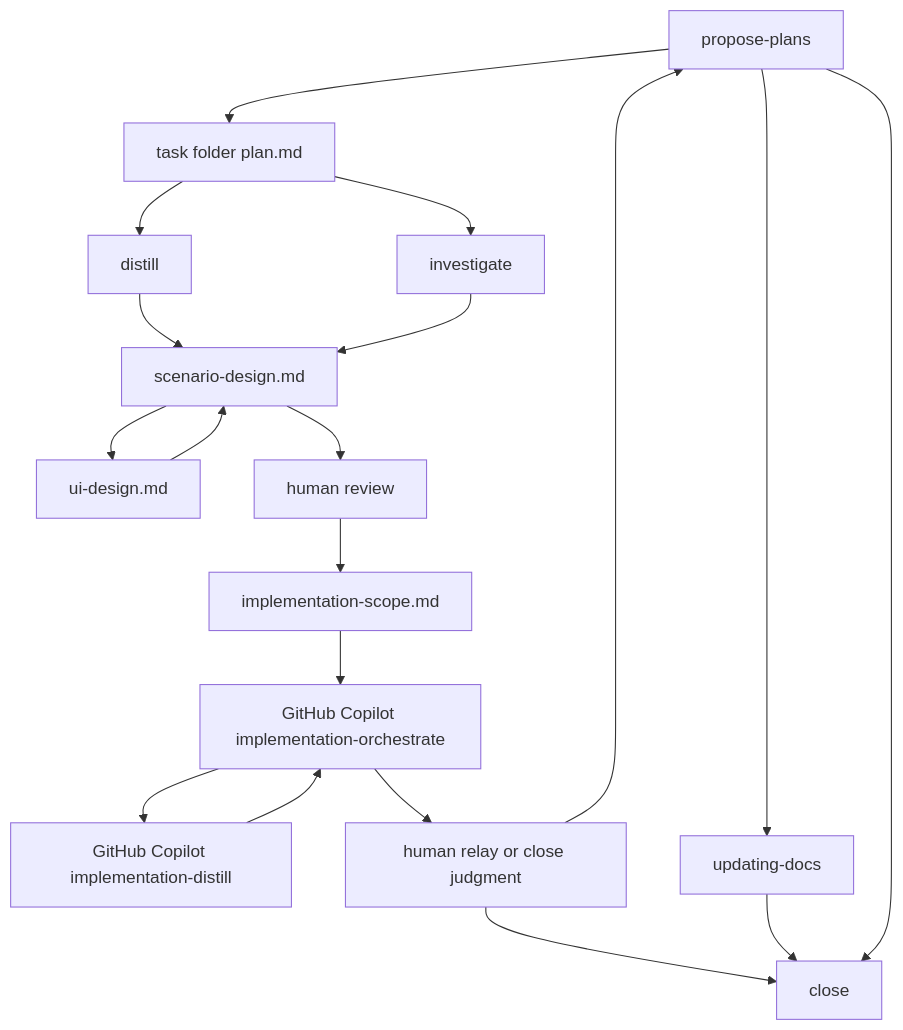
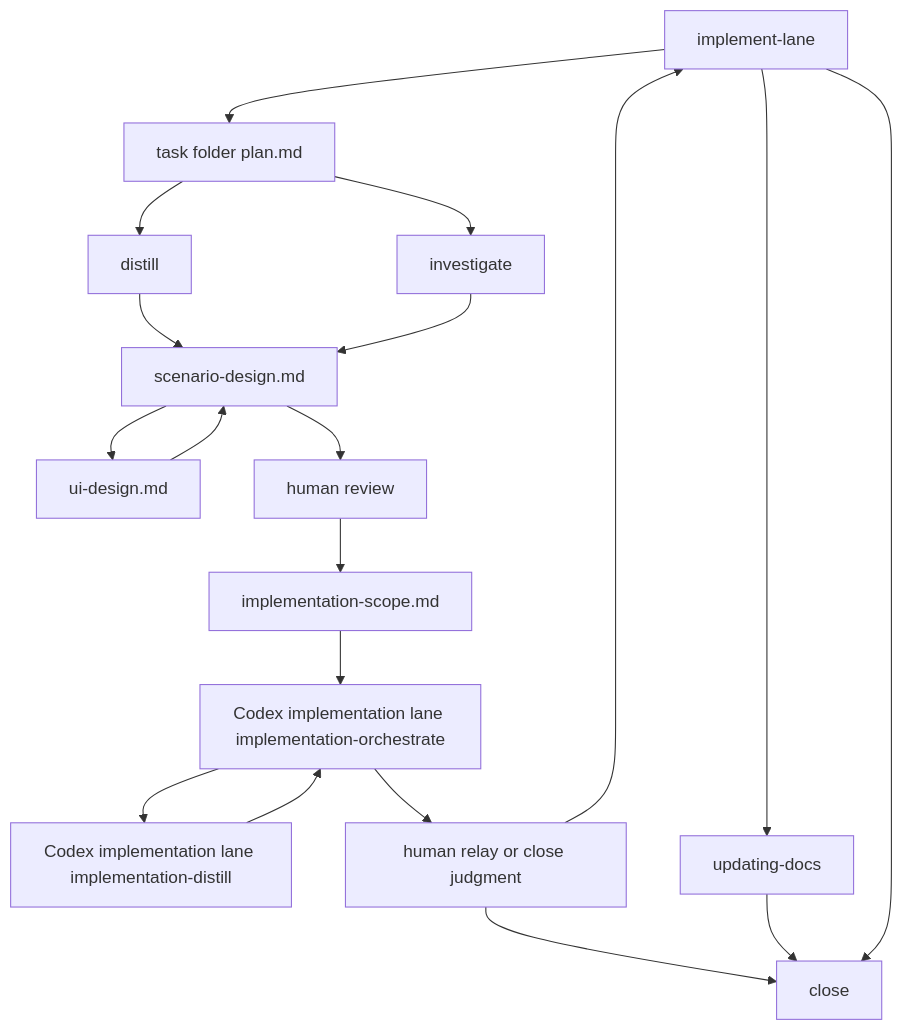
One commit to ishibata91/AITranslationEngineJP changed the diagram in .codex/workflow.md. Above: the diagram before and after it, drawn with Mermaid. The commit also changed other lines of this file and 152 other files, not shown here.

````diff
--- a/.codex/workflow.md
+++ b/.codex/workflow.md
@@ -9,31 +9,31 @@
 ```mermaid
 flowchart TD
-    A[propose-plans]
+    A[implement-lane]
     P[task folder plan.md]
     B[distill]
     C[investigate]
     U[ui-design.md]
     S[scenario-design.md]
     F[human review]
     G[implementation-scope.md]
-    H[GitHub Copilot implementation-orchestrate]
-    K[GitHub Copilot implementation-distill]
+    H[Codex implementation lane implementation-orchestrate]
+    K[Codex implementation lane implementation-distill]
     M[human relay or close judgment]
     I[updating-docs]
     J[close]
 
     A --> P
     P --> B --> S
     P --> C --> S
     S --> U
     U --> S
     S --> F
     F --> G
     G --> H
     H --> K --> H
     H --> M
     M --> A
     M --> J
     A --> I --> J
     A --> J
 ```
````
